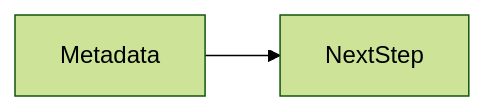
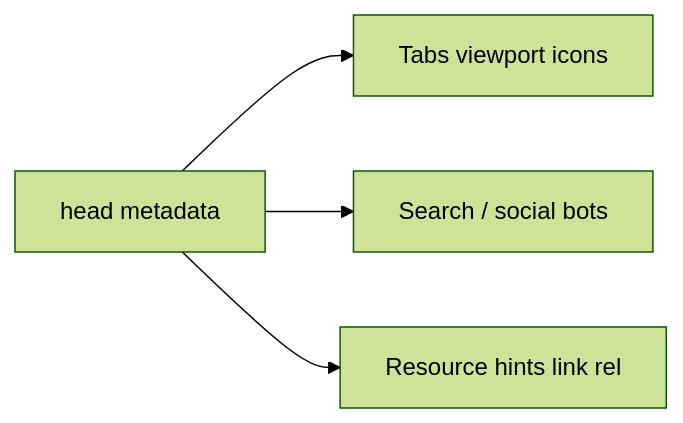
The diagram in docs/en/04-html/metadata/index.md (OmidJavaherii/Frontend-Engineering-Handbook), drawn with Mermaid (forest theme) before and after one commit. The commit also changed other lines of this file and 461 other files, not shown here.

````diff
--- a/docs/en/04-html/metadata/index.md
+++ b/docs/en/04-html/metadata/index.md
@@ -95,4 +109,6 @@
 ```mermaid
 flowchart LR
-  concept[Metadata] --> nextStep[NextStep]
+  Head[head metadata] --> Browser[Tabs viewport icons]
+  Head --> Crawler[Search / social bots]
+  Head --> Hints[Resource hints link rel]
 ```
````
